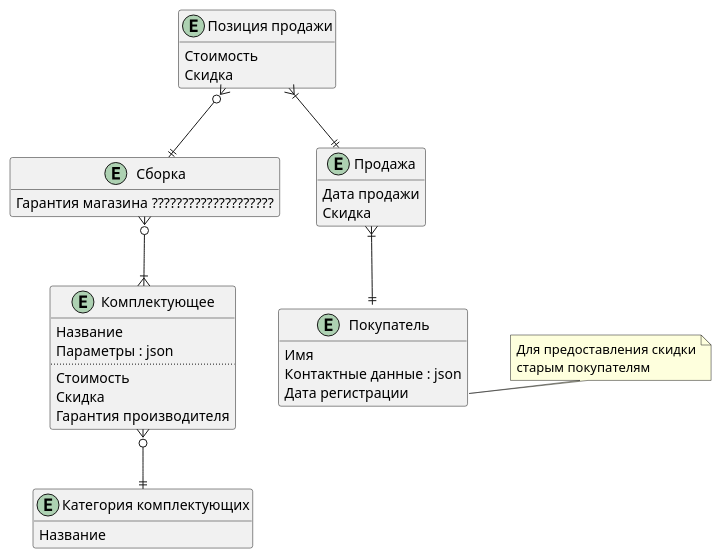
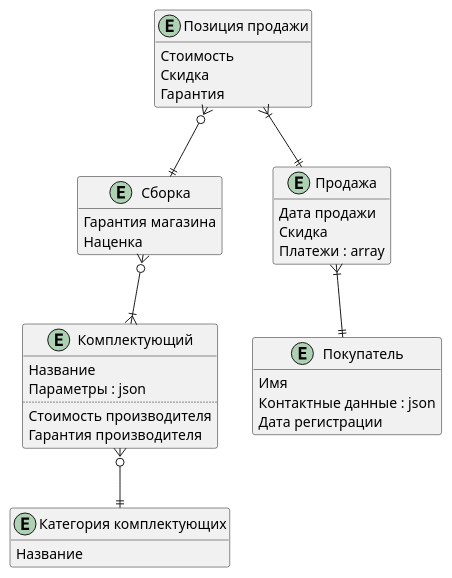
Before and after one commit to vany152/computer-equipment-ms: the diagram in doc/diagrams/er.puml, drawn with PlantUML. The commit also changed 1 other file, not shown here.

Commit message:
дополнительно проработал диаграмму сущность-связь и добавил ее описание

```diff
--- a/doc/diagrams/er.puml
+++ b/doc/diagrams/er.puml
@@ -1,48 +1,45 @@
 @startuml
 'https://plantuml.com/class-diagram
 
 hide methods
 
 entity "Категория комплектующих" as componentCategory {
     Название
 }
-entity "Комплектующее" as component {
+entity "Комплектующий" as component {
     Название
     Параметры : json
     ..
-    Стоимость
-    Скидка
+    Стоимость производителя
     Гарантия производителя
 }
 component }o--|| componentCategory
 
 entity "Сборка" as configuration {
-    Гарантия магазина ????????????????????
+    Гарантия магазина
+    Наценка
 }
 configuration }o--|{ component
 
 entity "Покупатель" as customer {
     Имя
     Контактные данные : json
     Дата регистрации
 }
 
-note "Для предоставления скидки\nстарым покупателям" as N1
-N1 .left. customer::Дата
-
 entity "Продажа" as sale {
     Дата продажи
     Скидка
+    Платежи : array
 } 
 sale }|--|| customer
 
 entity "Позиция продажи" as salePosition {
-    Cтоимость
+    Стоимость
     Скидка
+    Гарантия
 }
 salePosition }|--|| sale
 salePosition }o--|| configuration
 
-
-
 @enduml
```
